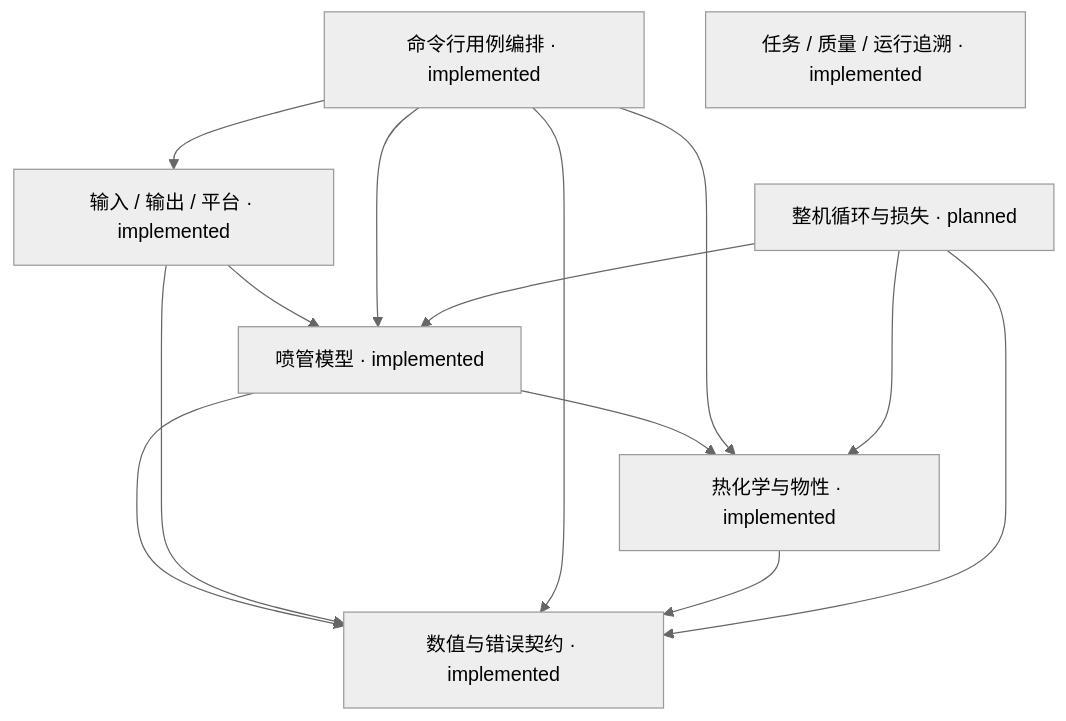
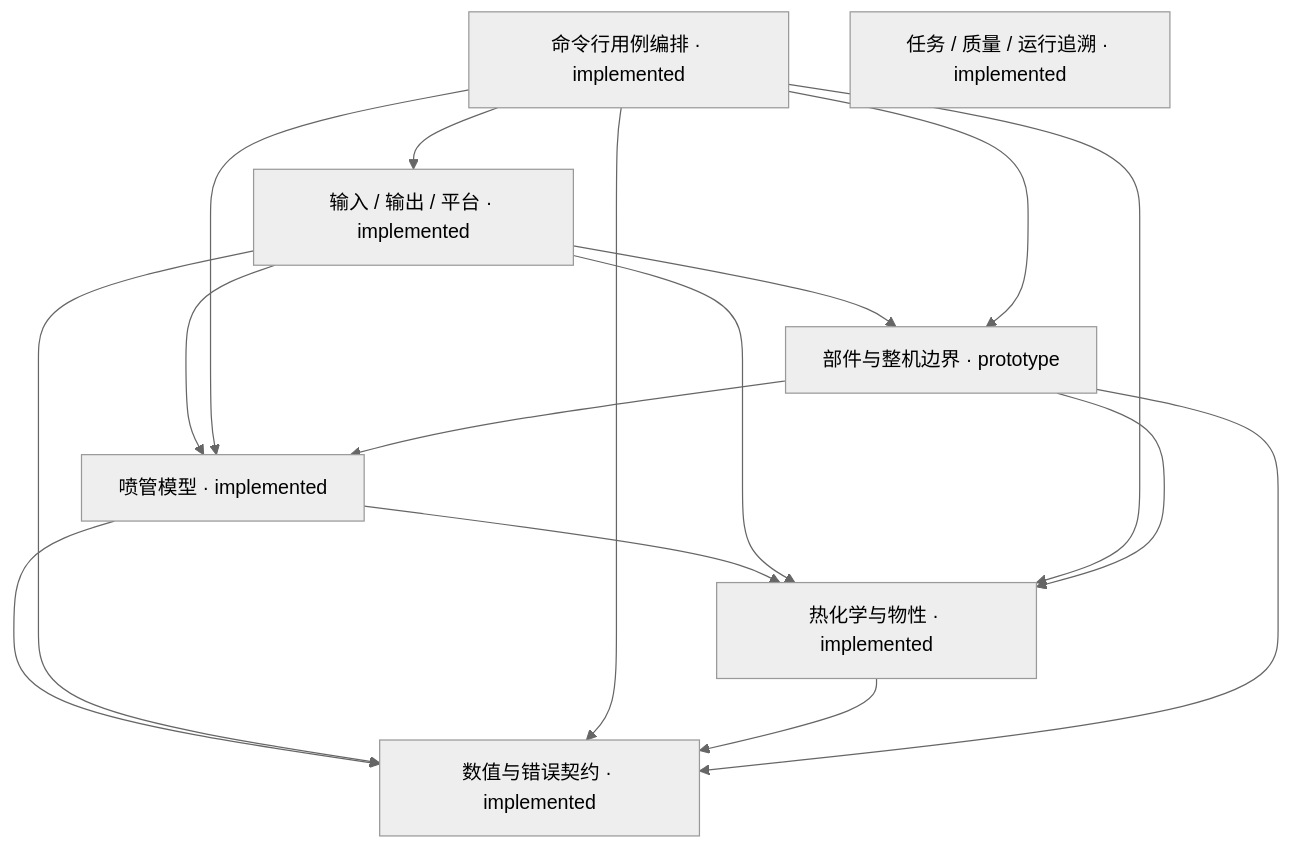
One commit to 2725238326/rocketperf-course-research changed the diagram in docs/architecture/components.mmd. Above: the diagram before and after it, drawn with Mermaid (neutral theme). The commit also changed 61 other files, not shown here.

```diff
--- a/docs/architecture/components.mmd
+++ b/docs/architecture/components.mmd
@@ -1,20 +1,23 @@
 flowchart TD
   core[数值与错误契约 · implemented]
   nozzle[喷管模型 · implemented]
   adapters[输入 / 输出 / 平台 · implemented]
   cli[命令行用例编排 · implemented]
   tooling[任务 / 质量 / 运行追溯 · implemented]
   thermo[热化学与物性 · implemented]
-  cycle[整机循环与损失 · planned]
+  cycle[部件与整机边界 · prototype]
   nozzle --> core
   nozzle --> thermo
   adapters --> core
   adapters --> nozzle
+  adapters --> thermo
+  adapters --> cycle
   cli --> core
   cli --> nozzle
   cli --> thermo
+  cli --> cycle
   cli --> adapters
   thermo --> core
   cycle --> core
   cycle --> nozzle
   cycle --> thermo
```
